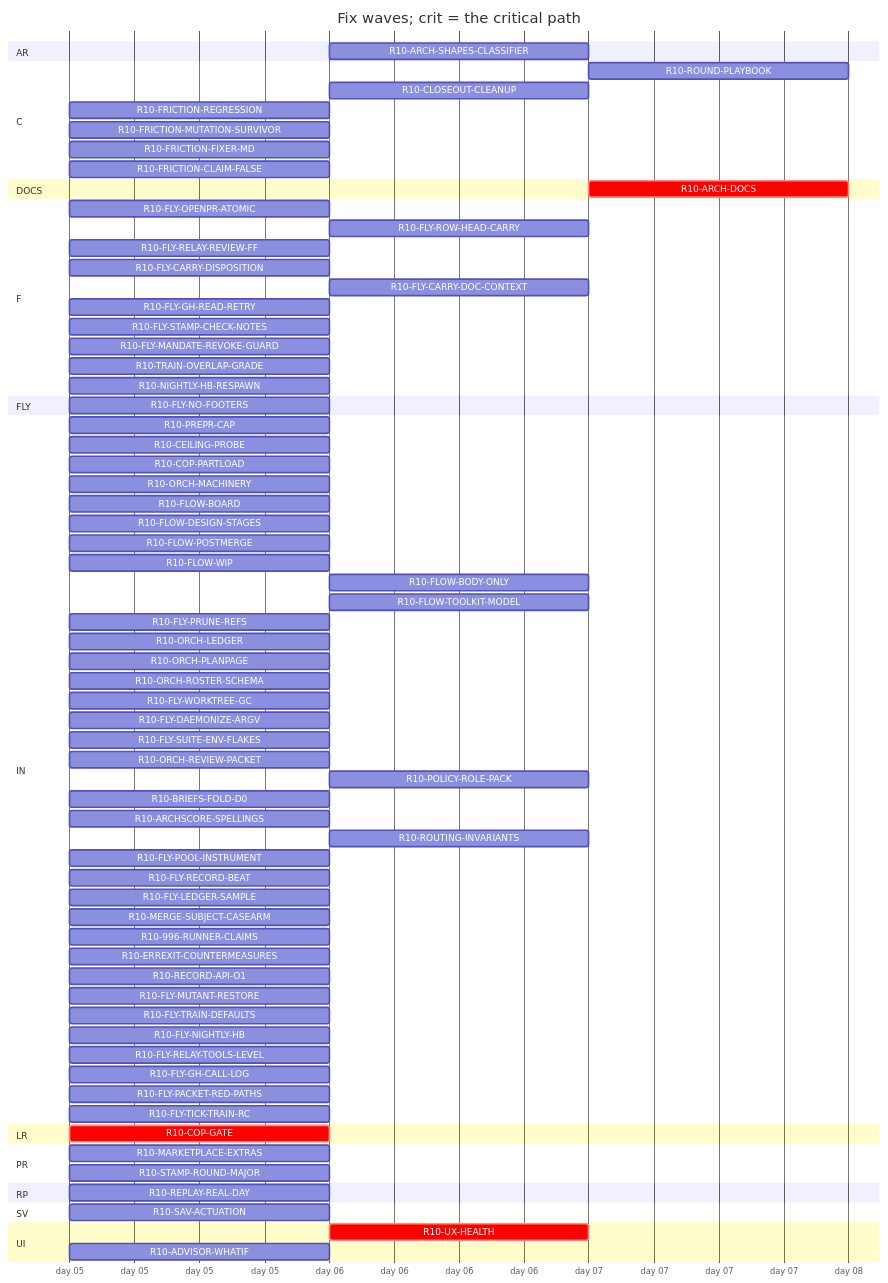
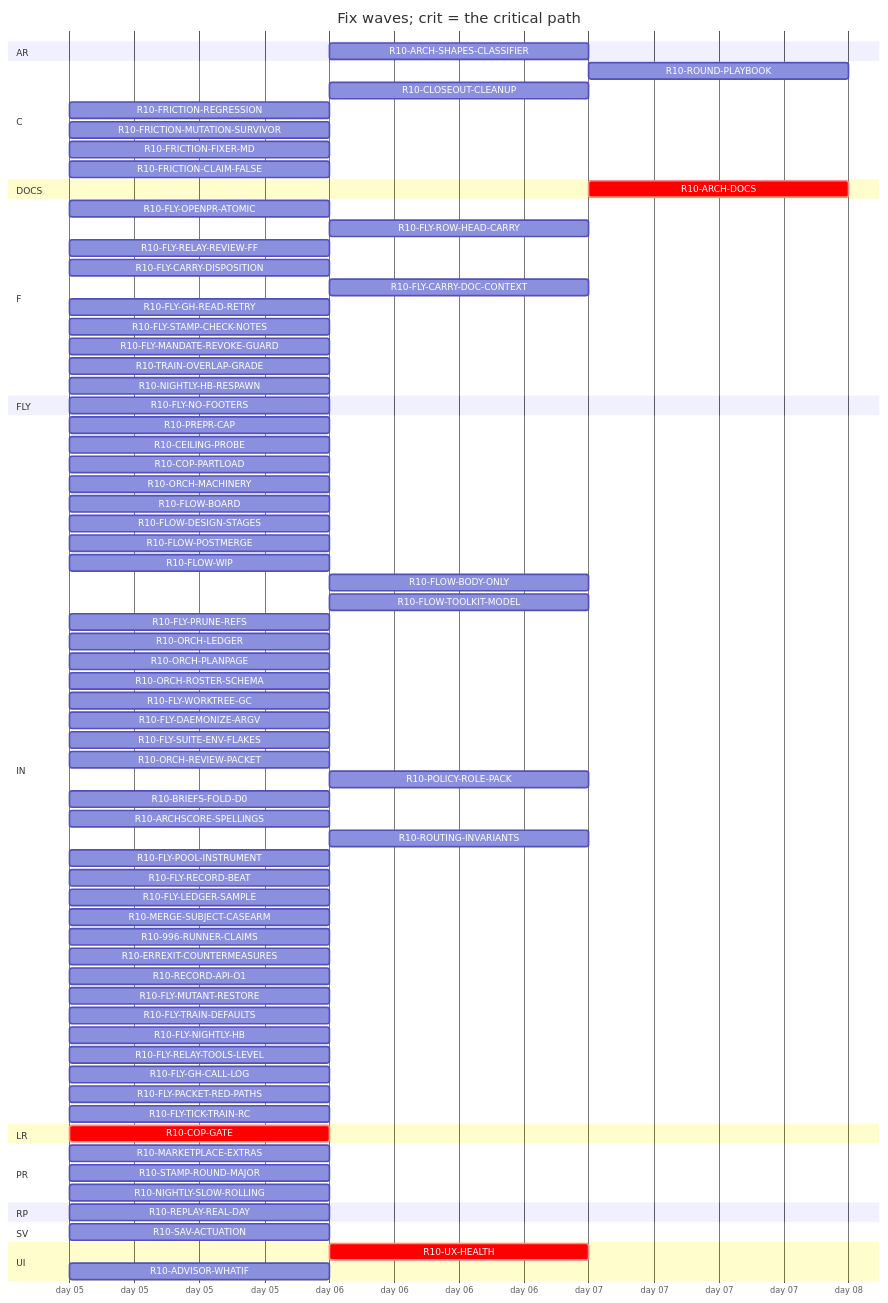
One commit to tvofi/heatpump_optimizer changed the diagram in handoff/round10/state/PLAN-TABLE.md. Above: the diagram before and after it, drawn with Mermaid. The commit also changed other lines of this file and 3 other files, not shown here.

Commit message:
state: FLOW-BOARD.md, NEXT-SESSION-PROMPT.md, PLAN-TABLE.md, RESUME-CURRENT.md regenerated (state_docs.py)

````diff
--- a/handoff/round10/state/PLAN-TABLE.md
+++ b/handoff/round10/state/PLAN-TABLE.md
@@ -24,79 +24,80 @@
 ```mermaid
 gantt
   title Fix waves; crit = the critical path
   dateFormat YYYY-MM-DD
   axisFormat day %d
   section AR
     R10-ARCH-SHAPES-CLASSIFIER :r10ARCHSHAPESCLASSIFIER, after r10996RUNNERCLAIMS, 1d
   section C
     R10-ROUND-PLAYBOOK :r10ROUNDPLAYBOOK, after r10ORCHLEDGER r10ORCHPLANPAGE r10FLYRELAYREVIEWFF r10FLOWBODYONLY, 1d
     R10-CLOSEOUT-CLEANUP :r10CLOSEOUTCLEANUP, after r10FLYPRUNEREFS r10FLYWORKTREEGC, 1d
     R10-FRICTION-REGRESSION :r10FRICTIONREGRESSION, 2026-01-05, 1d
     R10-FRICTION-MUTATION-SURVIVOR :r10FRICTIONMUTATIONSURVIVOR, 2026-01-05, 1d
     R10-FRICTION-FIXER-MD :r10FRICTIONFIXERMD, 2026-01-05, 1d
     R10-FRICTION-CLAIM-FALSE :r10FRICTIONCLAIMFALSE, 2026-01-05, 1d
   section DOCS
     R10-ARCH-DOCS :crit, r10ARCHDOCS, after r10COPGATE r10UXHEALTH r10CEILINGPROBE r10COPPARTLOAD r10FLOWBOARD r10FLOWDESIGNSTAGES r10FLOWPOSTMERGE r10FLOWWIP r10FLOWBODYONLY r10FLYOPENPRATOMIC r10FLYROWHEADCARRY r10FLYRELAYREVIEWFF r10FLYCARRYDISPOSITION r10FLYCARRYDOCCONTEXT r10FLOWTOOLKITMODEL r10FLYSTAMPCHECKNOTES r10FLYMANDATEREVOKEGUARD r10TRAINOVERLAPGRADE r10NIGHTLYHBRESPAWN r10FLYPRUNEREFS r10ORCHLEDGER r10ORCHPLANPAGE r10ORCHROSTERSCHEMA r10FLYWORKTREEGC r10FLYDAEMONIZEARGV r10ORCHREVIEWPACKET r10POLICYROLEPACK r10BRIEFSFOLDD0 r10REPLAYREALDAY r10ARCHSCORESPELLINGS r10SAVACTUATION r10FLYLEDGERSAMPLE, 1d
   section F
     R10-FLY-OPENPR-ATOMIC :r10FLYOPENPRATOMIC, 2026-01-05, 1d
     R10-FLY-ROW-HEAD-CARRY :r10FLYROWHEADCARRY, after r10FLYOPENPRATOMIC, 1d
     R10-FLY-RELAY-REVIEW-FF :r10FLYRELAYREVIEWFF, 2026-01-05, 1d
     R10-FLY-CARRY-DISPOSITION :r10FLYCARRYDISPOSITION, 2026-01-05, 1d
     R10-FLY-CARRY-DOC-CONTEXT :r10FLYCARRYDOCCONTEXT, after r10FLYGHREADRETRY, 1d
     R10-FLY-GH-READ-RETRY :r10FLYGHREADRETRY, 2026-01-05, 1d
     R10-FLY-STAMP-CHECK-NOTES :r10FLYSTAMPCHECKNOTES, 2026-01-05, 1d
     R10-FLY-MANDATE-REVOKE-GUARD :r10FLYMANDATEREVOKEGUARD, 2026-01-05, 1d
     R10-TRAIN-OVERLAP-GRADE :r10TRAINOVERLAPGRADE, 2026-01-05, 1d
     R10-NIGHTLY-HB-RESPAWN :r10NIGHTLYHBRESPAWN, 2026-01-05, 1d
   section FLY
     R10-FLY-NO-FOOTERS :r10FLYNOFOOTERS, 2026-01-05, 1d
   section IN
     R10-PREPR-CAP :r10PREPRCAP, 2026-01-05, 1d
     R10-CEILING-PROBE :r10CEILINGPROBE, 2026-01-05, 1d
     R10-COP-PARTLOAD :r10COPPARTLOAD, 2026-01-05, 1d
     R10-ORCH-MACHINERY :r10ORCHMACHINERY, 2026-01-05, 1d
     R10-FLOW-BOARD :r10FLOWBOARD, 2026-01-05, 1d
     R10-FLOW-DESIGN-STAGES :r10FLOWDESIGNSTAGES, 2026-01-05, 1d
     R10-FLOW-POSTMERGE :r10FLOWPOSTMERGE, 2026-01-05, 1d
     R10-FLOW-WIP :r10FLOWWIP, 2026-01-05, 1d
     R10-FLOW-BODY-ONLY :r10FLOWBODYONLY, after r10FLYOPENPRATOMIC, 1d
     R10-FLOW-TOOLKIT-MODEL :r10FLOWTOOLKITMODEL, after r10ORCHPLANPAGE, 1d
     R10-FLY-PRUNE-REFS :r10FLYPRUNEREFS, 2026-01-05, 1d
     R10-ORCH-LEDGER :r10ORCHLEDGER, 2026-01-05, 1d
     R10-ORCH-PLANPAGE :r10ORCHPLANPAGE, 2026-01-05, 1d
     R10-ORCH-ROSTER-SCHEMA :r10ORCHROSTERSCHEMA, 2026-01-05, 1d
     R10-FLY-WORKTREE-GC :r10FLYWORKTREEGC, 2026-01-05, 1d
     R10-FLY-DAEMONIZE-ARGV :r10FLYDAEMONIZEARGV, 2026-01-05, 1d
     R10-FLY-SUITE-ENV-FLAKES :r10FLYSUITEENVFLAKES, 2026-01-05, 1d
     R10-ORCH-REVIEW-PACKET :r10ORCHREVIEWPACKET, 2026-01-05, 1d
     R10-POLICY-ROLE-PACK :r10POLICYROLEPACK, after r10FLOWDESIGNSTAGES, 1d
     R10-BRIEFS-FOLD-D0 :r10BRIEFSFOLDD0, 2026-01-05, 1d
     R10-ARCHSCORE-SPELLINGS :r10ARCHSCORESPELLINGS, 2026-01-05, 1d
     R10-ROUTING-INVARIANTS :r10ROUTINGINVARIANTS, after r10ORCHROSTERSCHEMA, 1d
     R10-FLY-POOL-INSTRUMENT :r10FLYPOOLINSTRUMENT, 2026-01-05, 1d
     R10-FLY-RECORD-BEAT :r10FLYRECORDBEAT, 2026-01-05, 1d
     R10-FLY-LEDGER-SAMPLE :r10FLYLEDGERSAMPLE, 2026-01-05, 1d
     R10-MERGE-SUBJECT-CASEARM :r10MERGESUBJECTCASEARM, 2026-01-05, 1d
     R10-996-RUNNER-CLAIMS :r10996RUNNERCLAIMS, 2026-01-05, 1d
     R10-ERREXIT-COUNTERMEASURES :r10ERREXITCOUNTERMEASURES, 2026-01-05, 1d
     R10-RECORD-API-O1 :r10RECORDAPIO1, 2026-01-05, 1d
     R10-FLY-MUTANT-RESTORE :r10FLYMUTANTRESTORE, 2026-01-05, 1d
     R10-FLY-TRAIN-DEFAULTS :r10FLYTRAINDEFAULTS, 2026-01-05, 1d
     R10-FLY-NIGHTLY-HB :r10FLYNIGHTLYHB, 2026-01-05, 1d
     R10-FLY-RELAY-TOOLS-LEVEL :r10FLYRELAYTOOLSLEVEL, 2026-01-05, 1d
     R10-FLY-GH-CALL-LOG :r10FLYGHCALLLOG, 2026-01-05, 1d
     R10-FLY-PACKET-RED-PATHS :r10FLYPACKETREDPATHS, 2026-01-05, 1d
     R10-FLY-TICK-TRAIN-RC :r10FLYTICKTRAINRC, 2026-01-05, 1d
   section LR
     R10-COP-GATE :crit, r10COPGATE, 2026-01-05, 1d
   section PR
     R10-MARKETPLACE-EXTRAS :r10MARKETPLACEEXTRAS, 2026-01-05, 1d
     R10-STAMP-ROUND-MAJOR :r10STAMPROUNDMAJOR, 2026-01-05, 1d
+    R10-NIGHTLY-SLOW-ROLLING :r10NIGHTLYSLOWROLLING, 2026-01-05, 1d
   section RP
     R10-REPLAY-REAL-DAY :r10REPLAYREALDAY, 2026-01-05, 1d
   section SV
     R10-SAV-ACTUATION :r10SAVACTUATION, 2026-01-05, 1d
   section UI
     R10-UX-HEALTH :crit, r10UXHEALTH, after r10COPGATE, 1d
     R10-ADVISOR-WHATIF :r10ADVISORWHATIF, 2026-01-05, 1d
 ```
````
